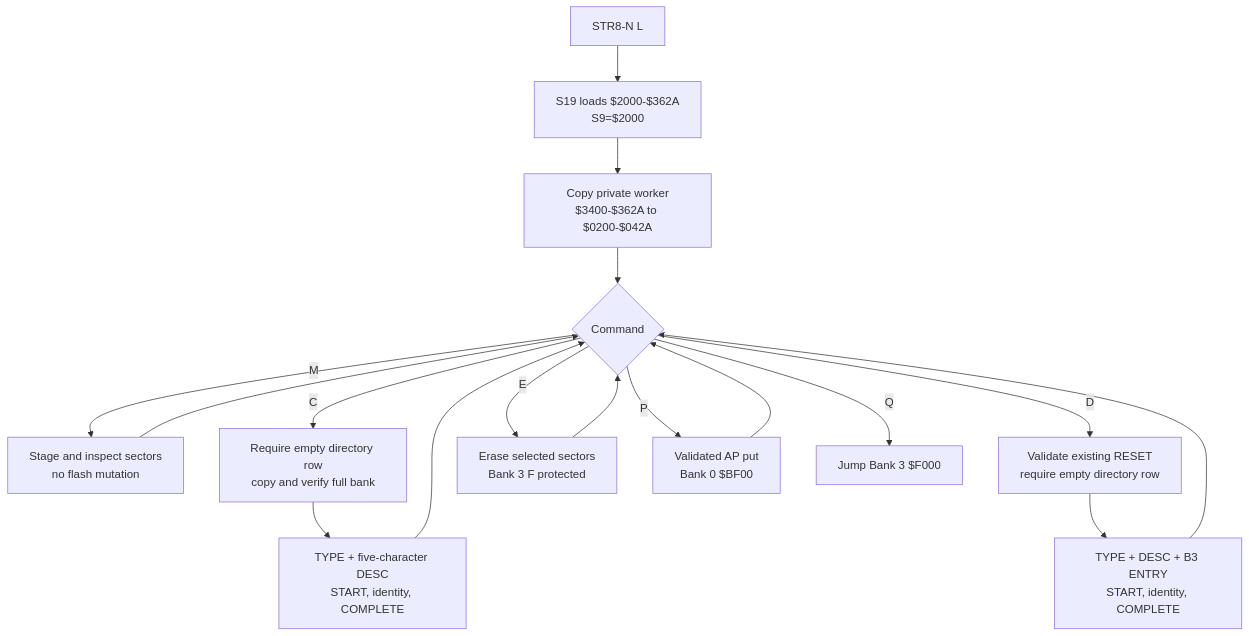
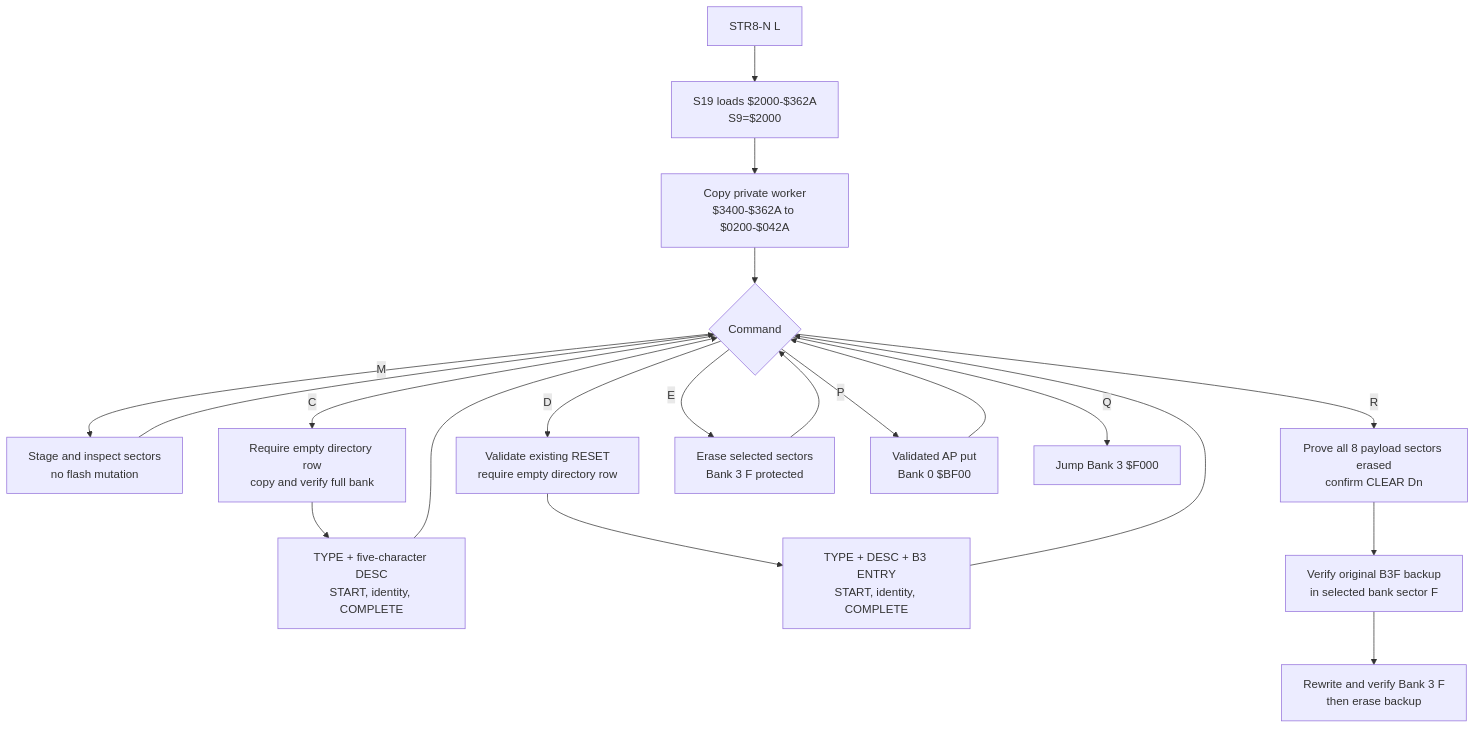
The tenth of 11 diagrams in docs/MAPS.md (95westus/STR8-N), drawn with Mermaid before and after one commit. The commit also changed other lines of this file and 8 other files, not shown here.

````diff
--- a/docs/MAPS.md
+++ b/docs/MAPS.md
@@ -289,19 +294,22 @@
 ```mermaid
 flowchart TD
     L[STR8-N L] --> S[S19 loads $2000-$362A<br/>S9=$2000]
     S --> B[Copy private worker<br/>$3400-$362A to $0200-$042A]
     B --> M{Command}
     M -->|M| MAP[Stage and inspect sectors<br/>no flash mutation]
     M -->|C| COPY[Require empty directory row<br/>copy and verify full bank]
     COPY --> ID[TYPE + five-character DESC<br/>START, identity, COMPLETE]
     M -->|D| ADOPT[Validate existing RESET<br/>require empty directory row]
     ADOPT --> ID2[TYPE + DESC + B3 ENTRY<br/>START, identity, COMPLETE]
+    M -->|R| RECLAIM[Prove all 8 payload sectors erased<br/>confirm CLEAR Dn]
+    RECLAIM --> BACKUP[Verify original B3F backup<br/>in selected bank sector F]
+    BACKUP --> TOP[Rewrite and verify Bank 3 F<br/>then erase backup]
     M -->|E| ERASE[Erase selected sectors<br/>Bank 3 F protected]
     M -->|P| AP[Validated AP put<br/>Bank 0 $BF00]
     M -->|Q| Q[Jump Bank 3 $F000]
     MAP --> M
     ID --> M
     ID2 --> M
     ERASE --> M
     AP --> M
 ```
````
